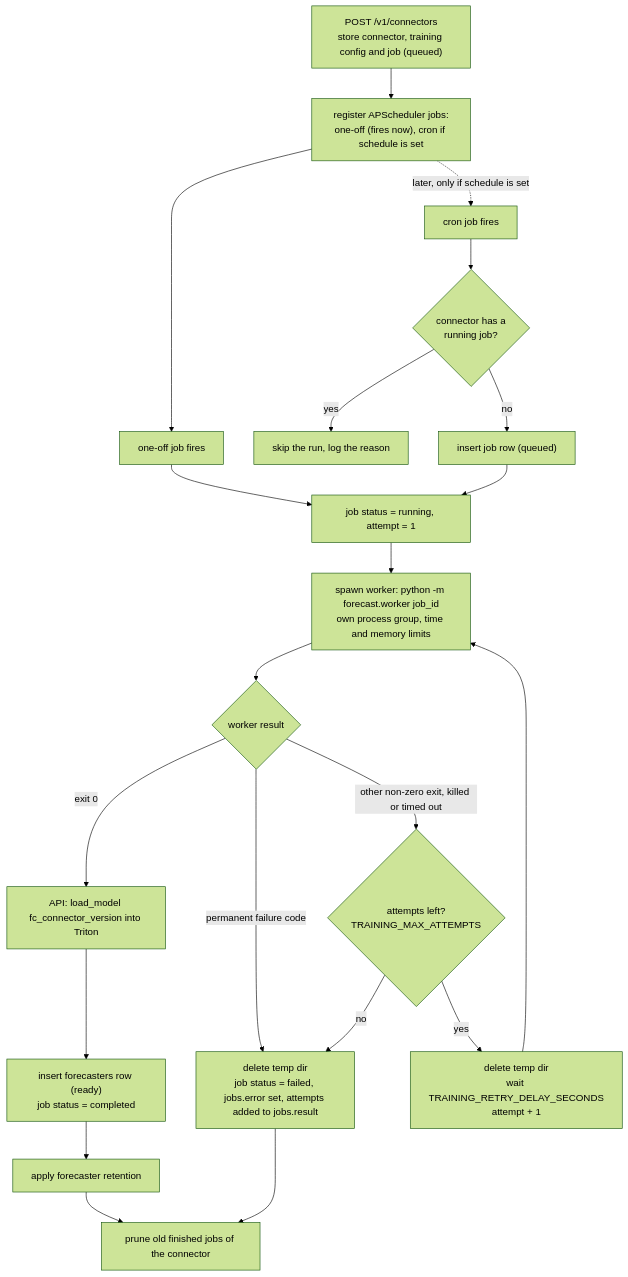
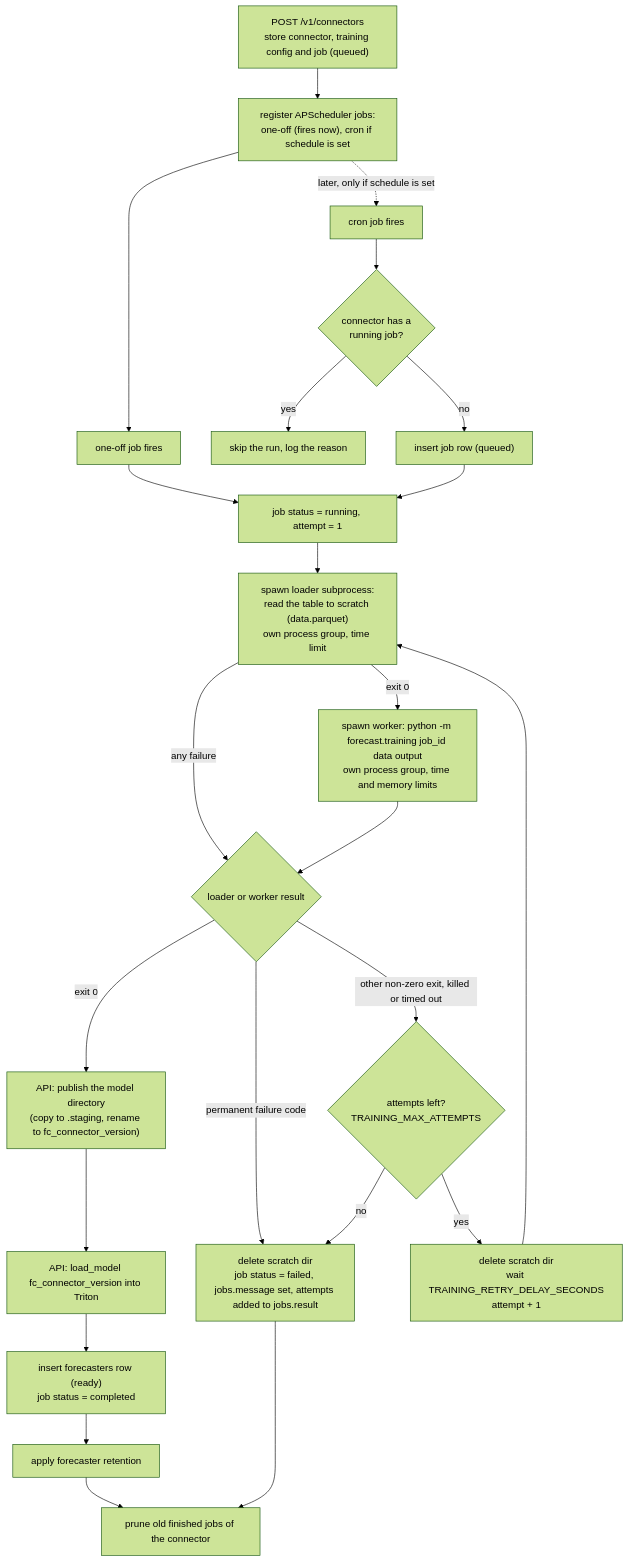
Before and after one commit to IBM/project-ai-services: the first of 4 diagrams in docs/proposals/forecast_service_proposal.md, drawn with Mermaid (forest theme). The commit also changed other lines of this file and 9 other files, not shown here.

````diff
--- a/docs/proposals/forecast_service_proposal.md
+++ b/docs/proposals/forecast_service_proposal.md
@@ -107,27 +107,30 @@
 ```mermaid
 flowchart TD
     POST["POST /v1/connectors<br/>store connector, training config and job (queued)"] --> REG["register APScheduler jobs:<br/>one-off (fires now), cron if schedule is set"]
     REG --> ONE["one-off job fires"]
     REG -.->|"later, only if schedule is set"| CRON["cron job fires"]
 
     CRON --> ACTIVE{"connector has a<br/>running job?"}
     ACTIVE -- yes --> SKIP["skip the run, log the reason"]
     ACTIVE -- no --> INS["insert job row (queued)"]
 
     ONE --> RUN
     INS --> RUN["job status = running, attempt = 1"]
-    RUN --> SPAWN["spawn worker: python -m forecast.worker job_id<br/>own process group, time and memory limits"]
-    SPAWN --> EXIT{"worker result"}
+    RUN --> READ["spawn loader subprocess:<br/>read the table to scratch (data.parquet)<br/>own process group, time limit"]
+    READ -- "exit 0" --> SPAWN["spawn worker: python -m forecast.training job_id data output<br/>own process group, time and memory limits"]
+    READ -- "any failure" --> EXIT
+    SPAWN --> EXIT{"loader or worker result"}
 
-    EXIT -- "exit 0" --> LOAD["API: load_model fc_connector_version into Triton"]
+    EXIT -- "exit 0" --> PUB["API: publish the model directory<br/>(copy to .staging, rename to fc_connector_version)"]
+    PUB --> LOAD["API: load_model fc_connector_version into Triton"]
     LOAD --> REC["insert forecasters row (ready)<br/>job status = completed"]
     REC --> RET["apply forecaster retention"]
     RET --> PRUNE
 
     EXIT -- "permanent failure code" --> FAIL
     EXIT -- "other non-zero exit, killed or timed out" --> MORE{"attempts left?<br/>TRAINING_MAX_ATTEMPTS"}
-    MORE -- yes --> WAIT["delete temp dir<br/>wait TRAINING_RETRY_DELAY_SECONDS<br/>attempt + 1"]
-    WAIT --> SPAWN
-    MORE -- no --> FAIL["delete temp dir<br/>job status = failed, jobs.error set, attempts added to jobs.result"]
+    MORE -- yes --> WAIT["delete scratch dir<br/>wait TRAINING_RETRY_DELAY_SECONDS<br/>attempt + 1"]
+    WAIT --> READ
+    MORE -- no --> FAIL["delete scratch dir<br/>job status = failed, jobs.message set, attempts added to jobs.result"]
     FAIL --> PRUNE["prune old finished jobs of the connector"]
 ```
````
